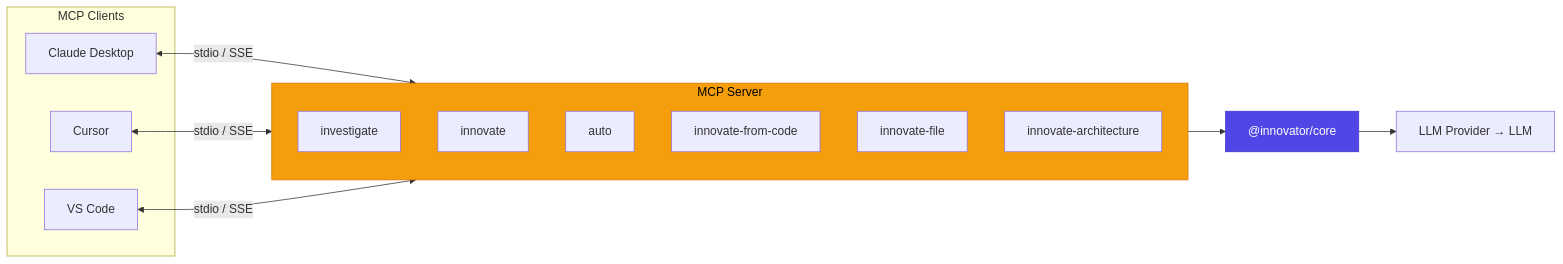
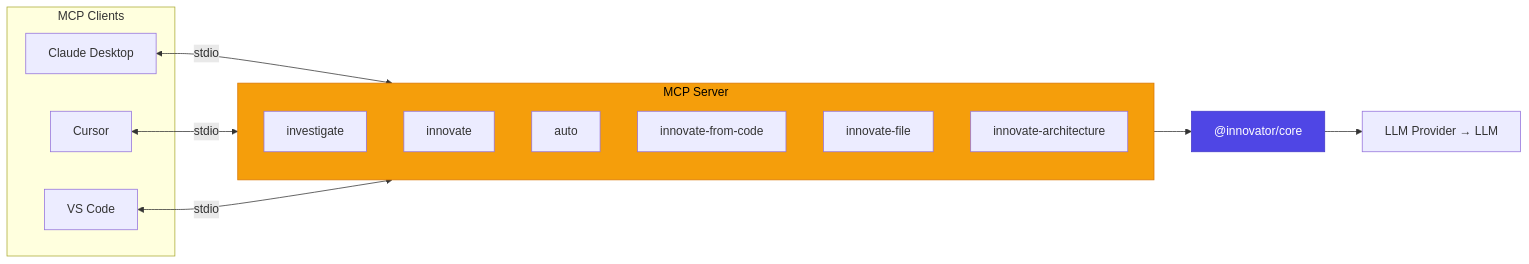
The fourth of 9 diagrams in ARCHITECTURE.md (josedab/innovator), drawn with Mermaid before and after one commit. The commit also changed other lines of this file and 13 other files, not shown here.

````diff
--- a/ARCHITECTURE.md
+++ b/ARCHITECTURE.md
@@ -130,27 +132,27 @@
 ```mermaid
 graph LR
     subgraph Clients["MCP Clients"]
         CD["Claude Desktop"]
         CU["Cursor"]
         VS["VS Code"]
     end
 
     subgraph MCP["MCP Server"]
         direction TB
         T1["investigate"]
         T2["innovate"]
         T3["auto"]
         T4["innovate-from-code"]
         T5["innovate-file"]
         T6["innovate-architecture"]
     end
 
-    CD <-->|"stdio / SSE"| MCP
-    CU <-->|"stdio / SSE"| MCP
-    VS <-->|"stdio / SSE"| MCP
+    CD <-->|"stdio"| MCP
+    CU <-->|"stdio"| MCP
+    VS <-->|"stdio"| MCP
     MCP --> Core["@innovator/core"]
     Core --> LLM["LLM Provider → LLM"]
 
     style MCP fill:#f59e0b,color:#000,stroke:#d97706
     style Core fill:#4f46e5,color:#fff,stroke:#4338ca
 ```
````
